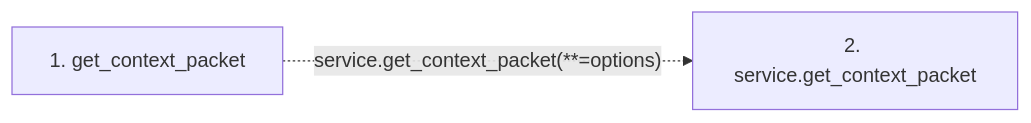
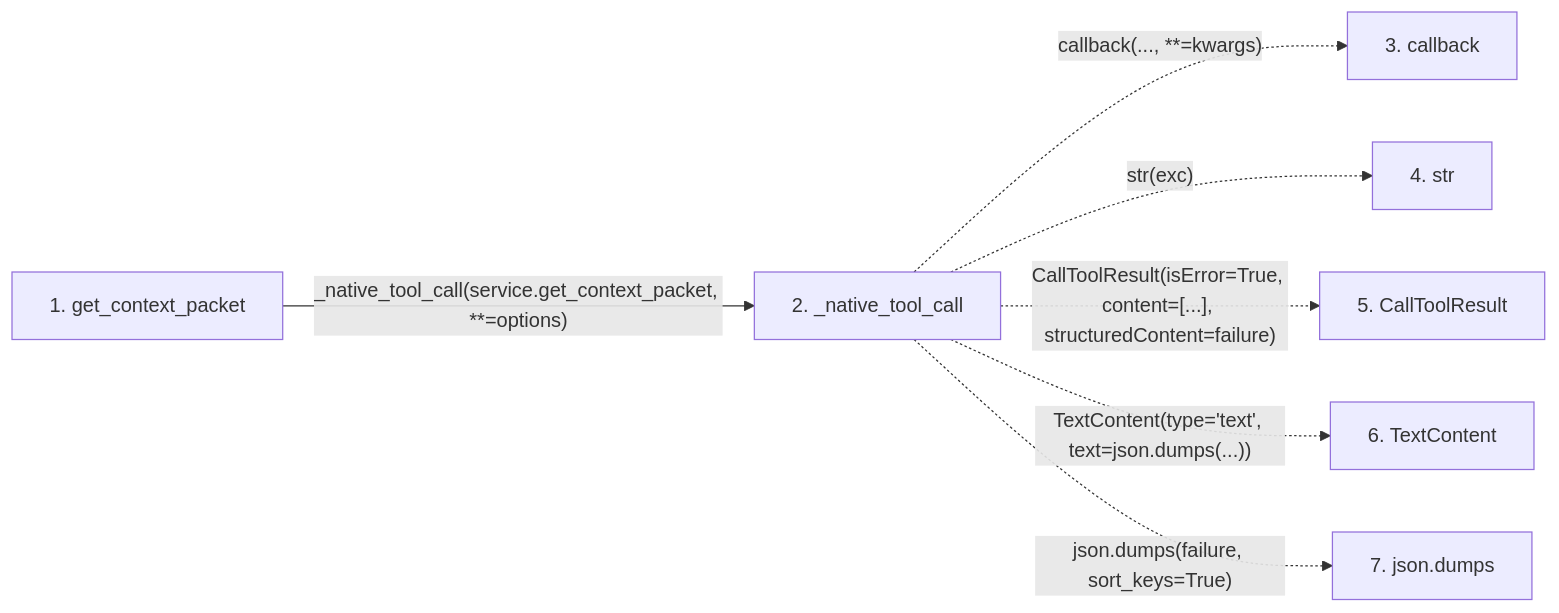
One commit to Denissvgn/python-wiki-llm changed the second of 2 diagrams in docs/llm_wiki/flows/mcp-get_context_packet.md. Above: the diagram before and after it, drawn with Mermaid. The commit also changed other lines of this file and 398 other files, not shown here.

````diff
--- a/docs/llm_wiki/flows/mcp-get_context_packet.md
+++ b/docs/llm_wiki/flows/mcp-get_context_packet.md
@@ -20,7 +30,18 @@
 ```mermaid
 flowchart LR
     s1["1. get_context_packet"]
-    s2["2. service.get_context_packet"]
-    s1 -. "service.get_context_packet(**=options)" .-> s2
+    s2["2. _native_tool_call"]
+    s3["3. callback"]
+    s4["4. str"]
+    s5["5. CallToolResult"]
+    s6["6. TextContent"]
+    s7["7. json.dumps"]
+    s1 -->|"_native_tool_call(service.get_context_packet, **=options)"| s2
+    s2 -. "callback(..., **=kwargs)" .-> s3
+    s2 -. "str(exc)" .-> s4
+    s2 -. "CallToolResult(isError=True, content=[...], structuredContent=failure)" .-> s5
+    s2 -. "TextContent(type='text', text=json.dumps(...))" .-> s6
+    s2 -. "json.dumps(failure, sort_keys=True)" .-> s7
     click s1 "../modules/mcp_server.md"
+    click s2 "../modules/mcp_server.md"
 ```
````
